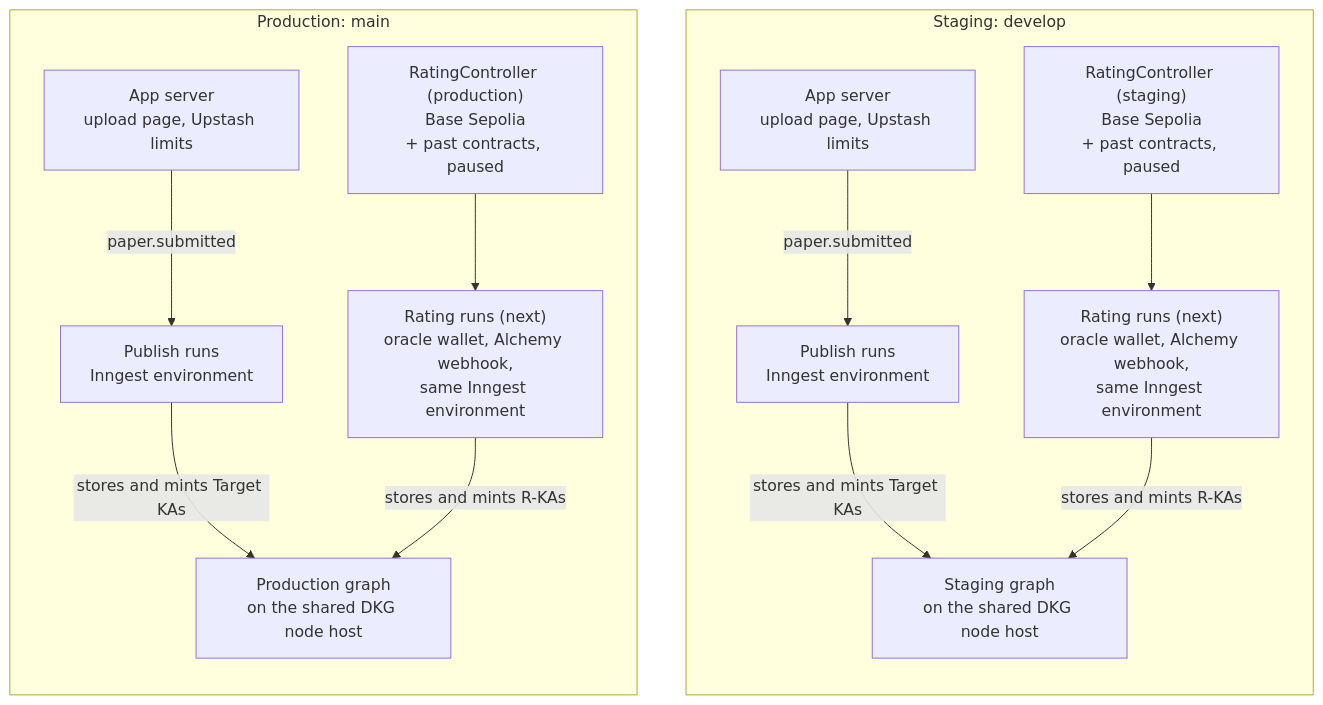
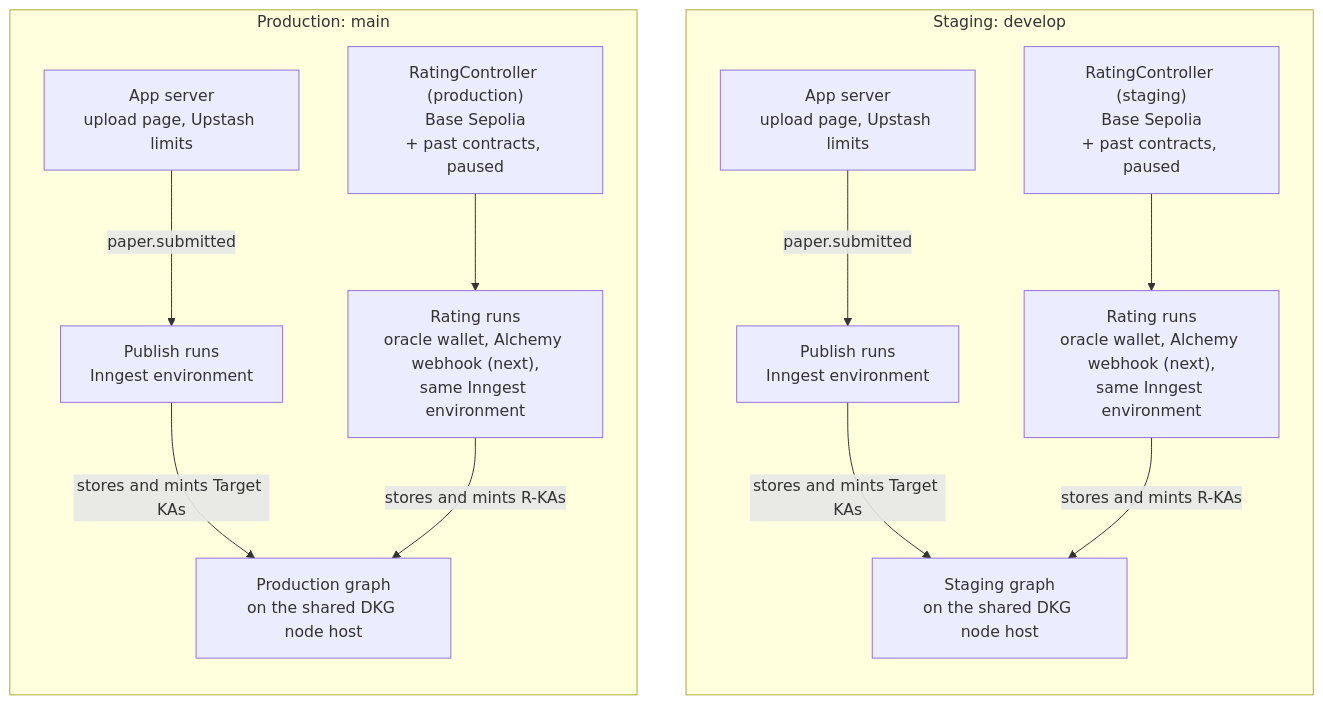
One commit to SiegfriedBz/labstrail changed the first of 3 diagrams in README.md. Above: the diagram before and after it, drawn with Mermaid. The commit also changed other lines of this file and 52 other files, not shown here.

````diff
--- a/README.md
+++ b/README.md
@@ -98,23 +104,23 @@
 ```mermaid
 flowchart TB
   subgraph staging["Staging: develop"]
     direction TB
     sa["App server<br/>upload page, Upstash limits"]
     sp["Publish runs<br/>Inngest environment"]
     sc["RatingController (staging)<br/>Base Sepolia<br/>+ past contracts, paused"]
-    sr["Rating runs (next)<br/>oracle wallet, Alchemy webhook,<br/>same Inngest environment"]
+    sr["Rating runs<br/>oracle wallet, Alchemy webhook (next),<br/>same Inngest environment"]
     sg["Staging graph<br/>on the shared DKG node host"]
     sa -->|"paper.submitted"| sp -->|"stores and mints Target KAs"| sg
     sc --> sr -->|"stores and mints R-KAs"| sg
   end
   subgraph production["Production: main"]
     direction TB
     pa["App server<br/>upload page, Upstash limits"]
     pp["Publish runs<br/>Inngest environment"]
     pc["RatingController (production)<br/>Base Sepolia<br/>+ past contracts, paused"]
-    pr["Rating runs (next)<br/>oracle wallet, Alchemy webhook,<br/>same Inngest environment"]
+    pr["Rating runs<br/>oracle wallet, Alchemy webhook (next),<br/>same Inngest environment"]
     pg["Production graph<br/>on the shared DKG node host"]
     pa -->|"paper.submitted"| pp -->|"stores and mints Target KAs"| pg
     pc --> pr -->|"stores and mints R-KAs"| pg
   end
 ```
````
